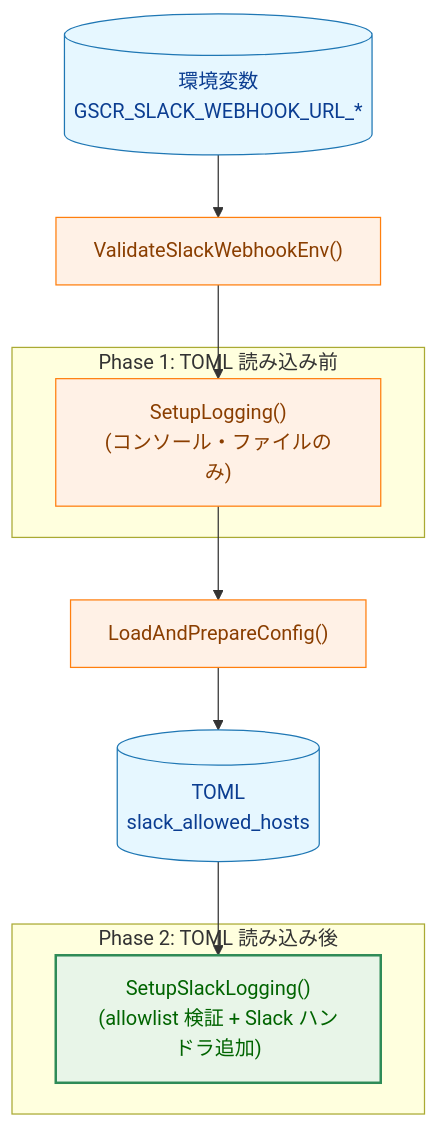
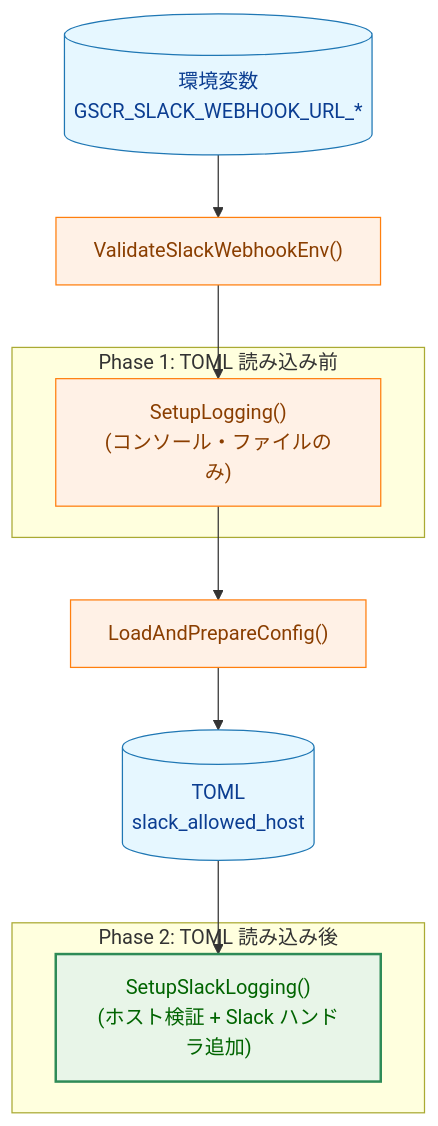
The second of 9 diagrams in docs/tasks/0091_slack_webhook_allowlist/02_architecture.md (isseis/go-safe-cmd-runner), drawn with Mermaid before and after one commit. The commit also changed other lines of this file and 2 other files, not shown here.

First line of the commit message:
docs(0091): change slack_allowed_hosts from []string to single string

````diff
--- a/docs/tasks/0091_slack_webhook_allowlist/02_architecture.md
+++ b/docs/tasks/0091_slack_webhook_allowlist/02_architecture.md
@@ -45,25 +46,25 @@
 ```mermaid
 flowchart TD
     classDef data fill:#e6f7ff,stroke:#1f77b4,stroke-width:1px,color:#0b3d91;
     classDef process fill:#fff1e6,stroke:#ff7f0e,stroke-width:1px,color:#8a3e00;
     classDef enhanced fill:#e8f5e8,stroke:#2e8b57,stroke-width:2px,color:#006400;
 
     E[("環境変数<br>GSCR_SLACK_WEBHOOK_URL_*")] --> A
     A["ValidateSlackWebhookEnv()"] --> B
 
     subgraph Phase1["Phase 1: TOML 読み込み前"]
         B["SetupLogging()<br>(コンソール・ファイルのみ)"]
     end
 
     B --> C["LoadAndPrepareConfig()"]
-    C --> D[("TOML<br>slack_allowed_hosts")]
+    C --> D[("TOML<br>slack_allowed_host")]
     D --> F
 
     subgraph Phase2["Phase 2: TOML 読み込み後"]
-        F["SetupSlackLogging()<br>(allowlist 検証 + Slack ハンドラ追加)"]
+        F["SetupSlackLogging()<br>(ホスト検証 + Slack ハンドラ追加)"]
     end
 
     class E,D data;
     class A,B,C process;
     class F enhanced;
 ```
````
